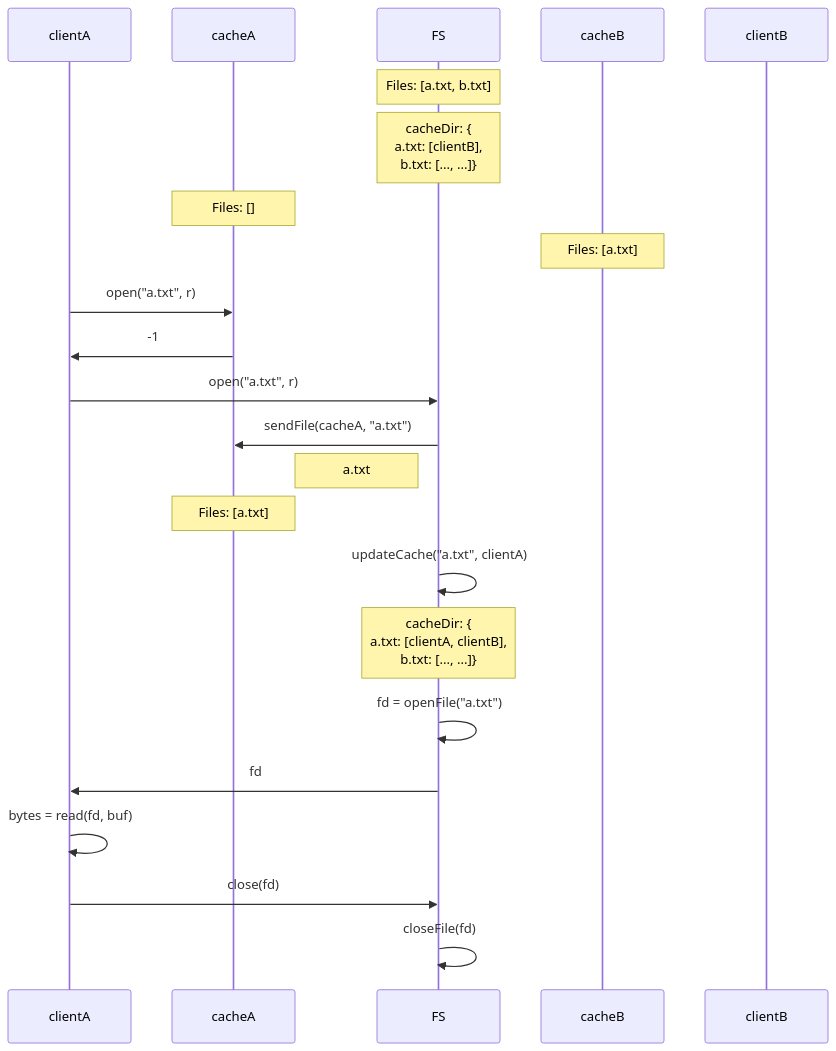
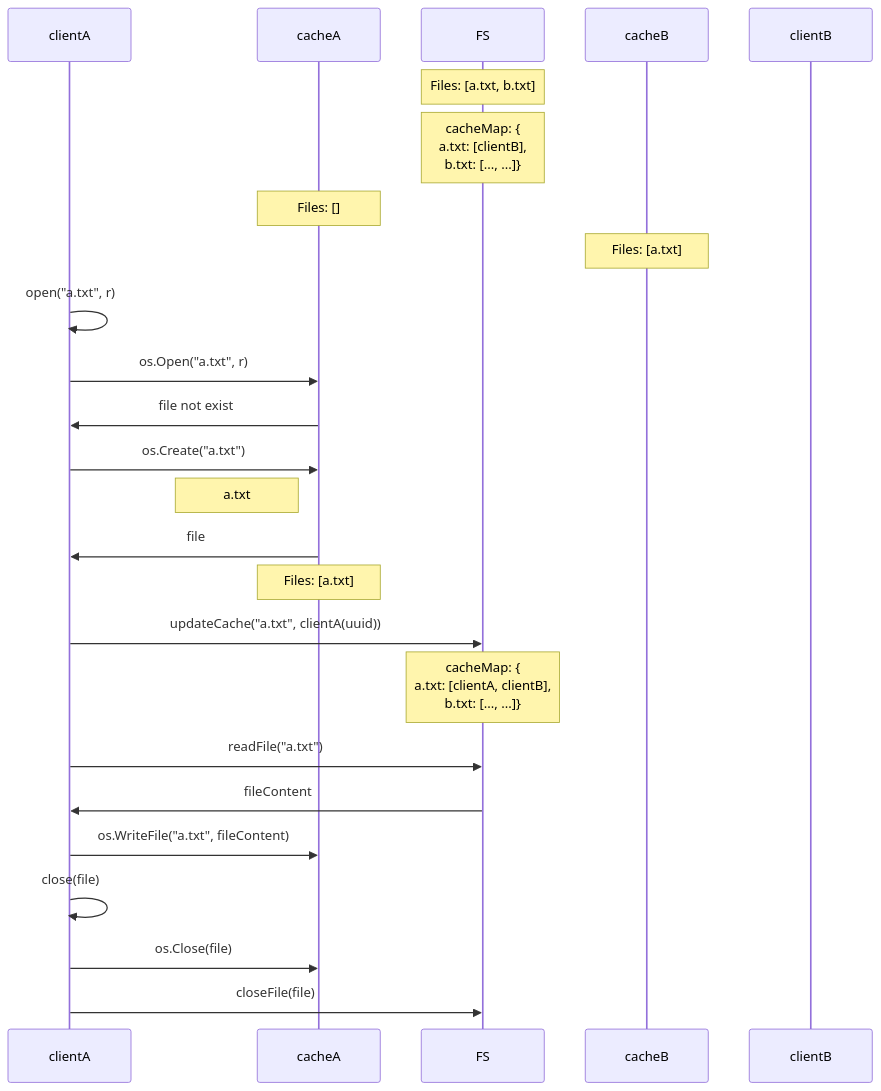
One commit to bishopfunc/os-b-dfs changed the first of 4 diagrams in README.md. Above: the diagram before and after it, drawn with Mermaid. The commit also changed other lines of this file, not shown here.

Commit message:
Refactor lock and cache management

````diff
--- a/README.md
+++ b/README.md
@@ -25,27 +25,29 @@
 ```mermaid
 sequenceDiagram
     participant clientA as clientA
     participant cacheA as cacheA
     participant FS as FS
     participant cacheB as cacheB
     participant clientB as clientB
     Note over FS: Files: [a.txt, b.txt]
-    Note over FS: cacheDir: {<br>a.txt: [clientB], <br>b.txt: [..., ...]} 
+    Note over FS: cacheMap: {<br>a.txt: [clientB], <br>b.txt: [..., ...]} 
 
     Note over cacheA: Files: []
     Note over cacheB: Files: [a.txt]    
     
-    clientA->>cacheA: open("a.txt", r)
-    cacheA->>clientA: -1
-    clientA->>FS: open("a.txt", r)
-    FS->>cacheA: sendFile(cacheA, "a.txt")
-    Note left of FS: a.txt
+    clientA->>clientA: open("a.txt", r)
+    clientA->>cacheA: os.Open("a.txt", r)
+    cacheA->>clientA: file not exist
+    clientA->>cacheA: os.Create("a.txt")
+    Note left of cacheA: a.txt
+    cacheA->>clientA: file
     Note over cacheA: Files: [a.txt]
-    FS->>FS: updateCache("a.txt", clientA)
-    Note over FS: cacheDir: {<br>a.txt: [clientA, clientB], <br>b.txt: [..., ...]} 
-    FS->>FS: fd = openFile("a.txt")
-    FS->>clientA: fd
-    clientA->>clientA: bytes = read(fd, buf)
-    clientA->>FS: close(fd)
-    FS->>FS: closeFile(fd)
+    clientA->>FS: updateCache("a.txt", clientA(uuid))
+    Note over FS: cacheMap: {<br>a.txt: [clientA, clientB], <br>b.txt: [..., ...]} 
+    clientA->>FS: readFile("a.txt")
+    FS->>clientA: fileContent
+    clientA->>cacheA: os.WriteFile("a.txt", fileContent)
+    clientA->>clientA: close(file)
+    clientA->>cacheA: os.Close(file)
+    clientA->>FS: closeFile(file)
 ```
````
